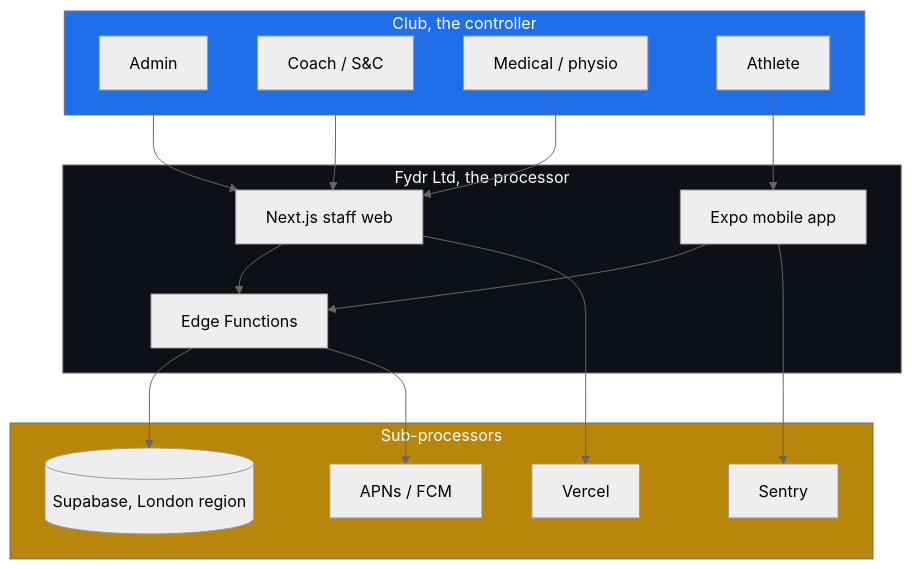
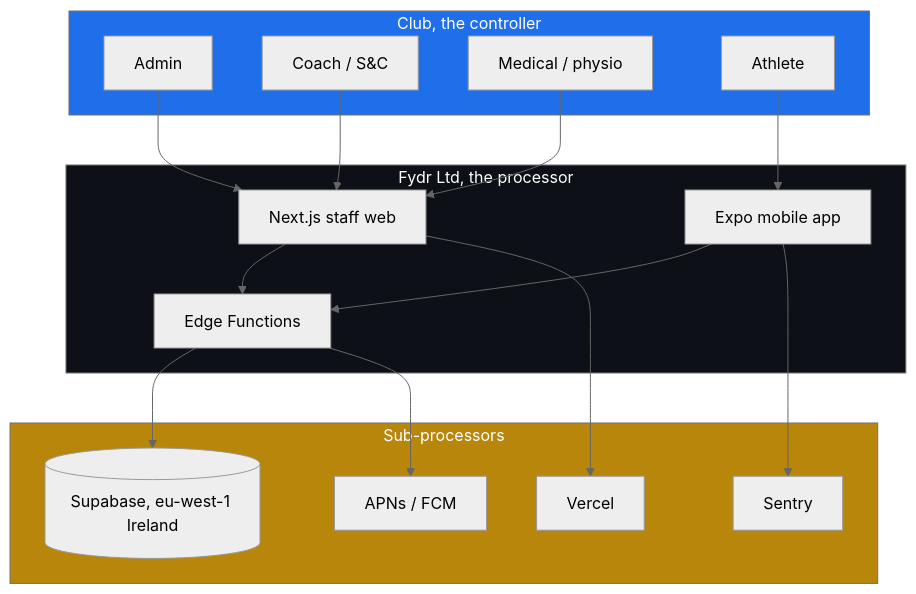
The first of 2 diagrams in docs/09-security-and-compliance.md (isabellasale212/FYDR), drawn with Mermaid (neutral theme) before and after one commit. The commit also changed other lines of this file and 4 other files, not shown here.

````diff
--- a/docs/09-security-and-compliance.md
+++ b/docs/09-security-and-compliance.md
@@ -124,37 +124,37 @@
 ```mermaid
 graph TB
     subgraph CLUB["Club, the controller"]
         AD[Admin]
         CO[Coach / S&C]
         ME[Medical / physio]
         AT[Athlete]
     end
 
     subgraph FYDR["Fydr Ltd, the processor"]
         APP[Expo mobile app]
         WEB[Next.js staff web]
         EF[Edge Functions]
     end
 
     subgraph SUB["Sub-processors"]
-        SB[(Supabase, London region)]
+        SB[(Supabase, eu-west-1 Ireland)]
         VC[Vercel]
         AP[APNs / FCM]
         SE[Sentry]
     end
 
     AT --> APP
     CO --> WEB
     ME --> WEB
     AD --> WEB
     APP --> EF
     WEB --> EF
     EF --> SB
     WEB --> VC
     EF --> AP
     APP --> SE
 
     style CLUB fill:#1f6feb,color:#fff
     style FYDR fill:#0d1117,color:#fff
     style SUB fill:#b8860b,color:#fff
 ```
````
